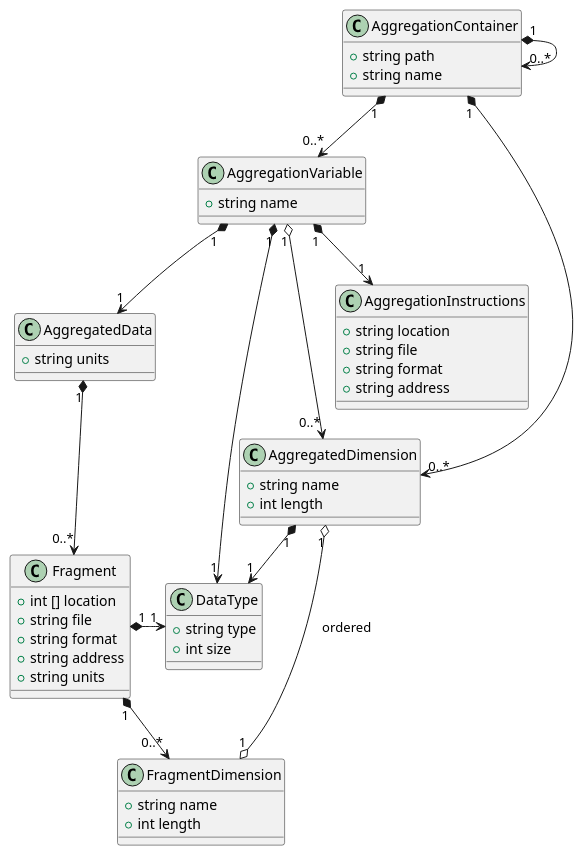
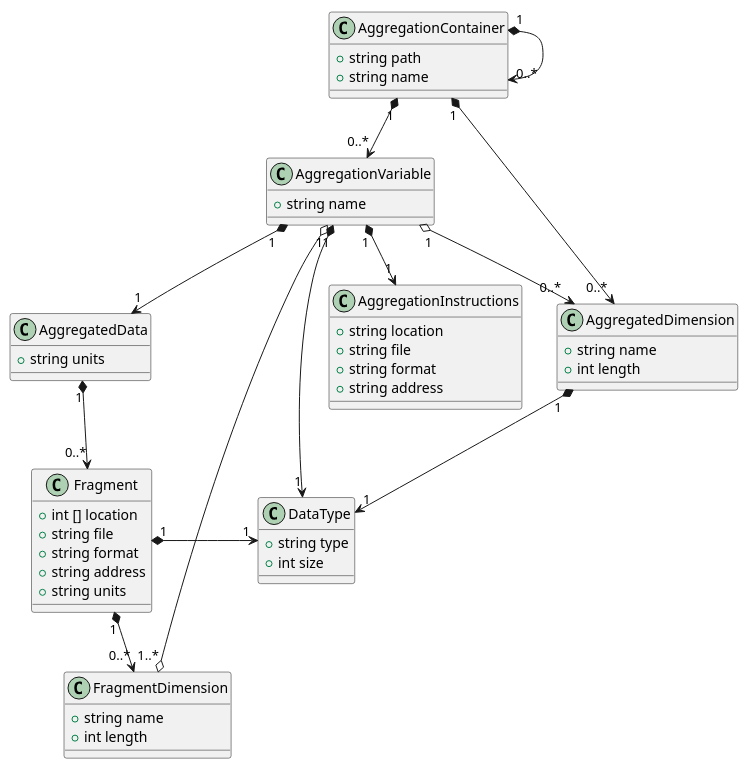
One commit to cedadev/CFA-C changed the diagram in doc/uml/cfa_class_diagram.puml. Above: the diagram before and after it, drawn with PlantUML. The commit also changed 12 other files, not shown here.

```diff
--- a/doc/uml/cfa_class_diagram.puml
+++ b/doc/uml/cfa_class_diagram.puml
@@ -1,58 +1,58 @@
 @startuml
 
 class DataType {
     +string type
     +int size
 }
 
 class Fragment {
     +int [] location
     +string file
     +string format
     +string address
     +string units
 }
 
 class AggregatedData {
     +string units
 }
 
 class AggregationInstructions {
     +string location
     +string file
     +string format
     +string address
 }
 
 class AggregatedDimension {
     +string name
     +int length
 }
 
 class FragmentDimension {
     +string name
     +int length
 }
 
 class AggregationVariable {
     +string name
 }
 
 class AggregationContainer {
     +string path
     +string name
 }
 
 AggregationVariable "1" o--> "0..*" AggregatedDimension
 AggregationVariable "1" *--> "1" AggregatedData
 AggregatedData "1" *--> "0..*" Fragment
 Fragment "1" *--> "0..*" FragmentDimension
-AggregatedDimension "1" o--o "1" FragmentDimension : ordered
+AggregationVariable "1" o--o "1..*" FragmentDimension
 AggregatedDimension "1" *-> "1" DataType
 AggregationVariable "1" *--> "1" AggregationInstructions
 AggregationVariable "1" *-> "1" DataType
 Fragment "1" *-> "1" DataType
 AggregationContainer "1" *--> "0..*" AggregationVariable
 AggregationContainer "1" *--> "0..*" AggregatedDimension
 AggregationContainer "1" *--> "0..*" AggregationContainer
 @enduml
```
